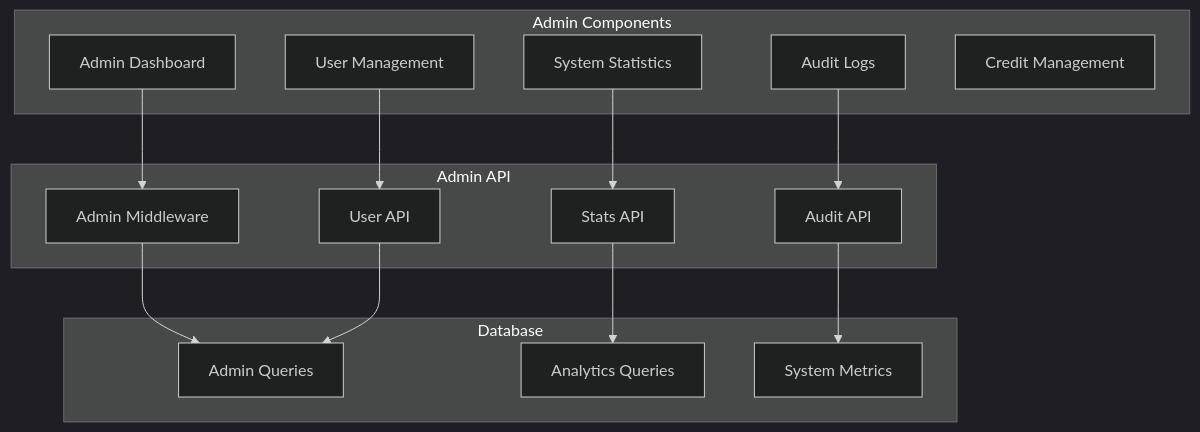
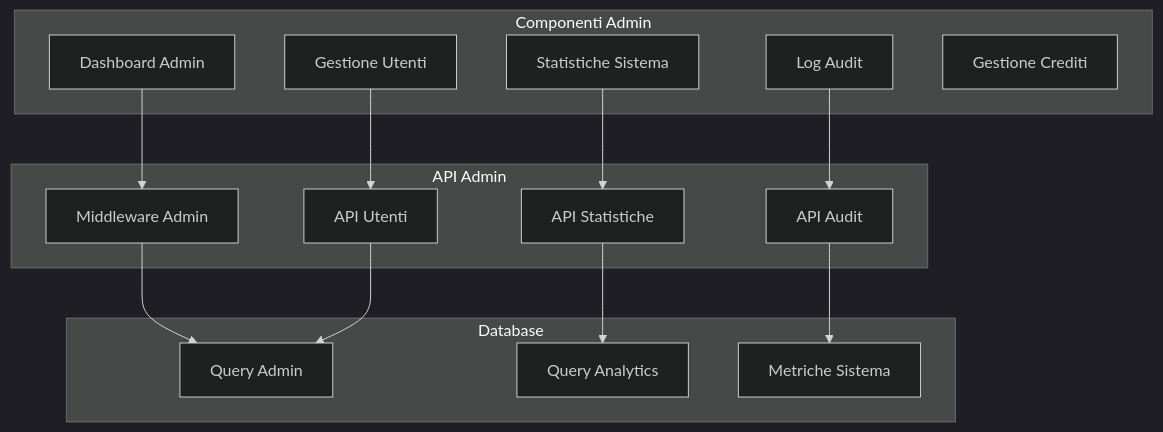
The eighth of 11 diagrams in ValutAI Tech Summary.md (rosariomoscato/ValutAI), drawn with Mermaid (dark theme) before and after one commit. The commit also changed other lines of this file and 3 other files, not shown here.

````diff
--- a/ValutAI Tech Summary.md
+++ b/ValutAI Tech Summary.md
@@ -457,32 +457,32 @@
 ```mermaid
 graph TD
-    subgraph "Admin Components"
-        A[Admin Dashboard]
-        B[User Management]
-        C[System Statistics]
-        D[Audit Logs]
-        E[Credit Management]
+    subgraph "Componenti Admin"
+        A[Dashboard Admin]
+        B[Gestione Utenti]
+        C[Statistiche Sistema]
+        D[Log Audit]
+        E[Gestione Crediti]
     end
     
-    subgraph "Admin API"
-        F[Admin Middleware]
-        G[User API]
-        H[Stats API]
-        I[Audit API]
+    subgraph "API Admin"
+        F[Middleware Admin]
+        G[API Utenti]
+        H[API Statistiche]
+        I[API Audit]
     end
     
     subgraph "Database"
-        J[Admin Queries]
-        K[Analytics Queries]
-        L[System Metrics]
+        J[Query Admin]
+        K[Query Analytics]
+        L[Metriche Sistema]
     end
     
     A --> F
     B --> G
     C --> H
     D --> I
     F --> J
     G --> J
     H --> K
     I --> L
 ```
````
